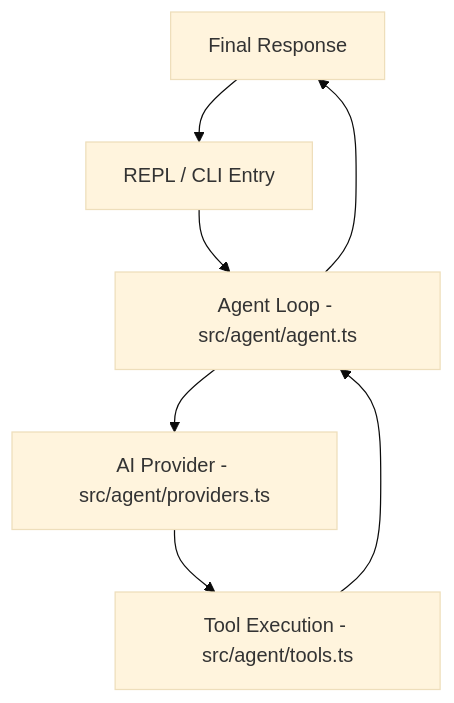
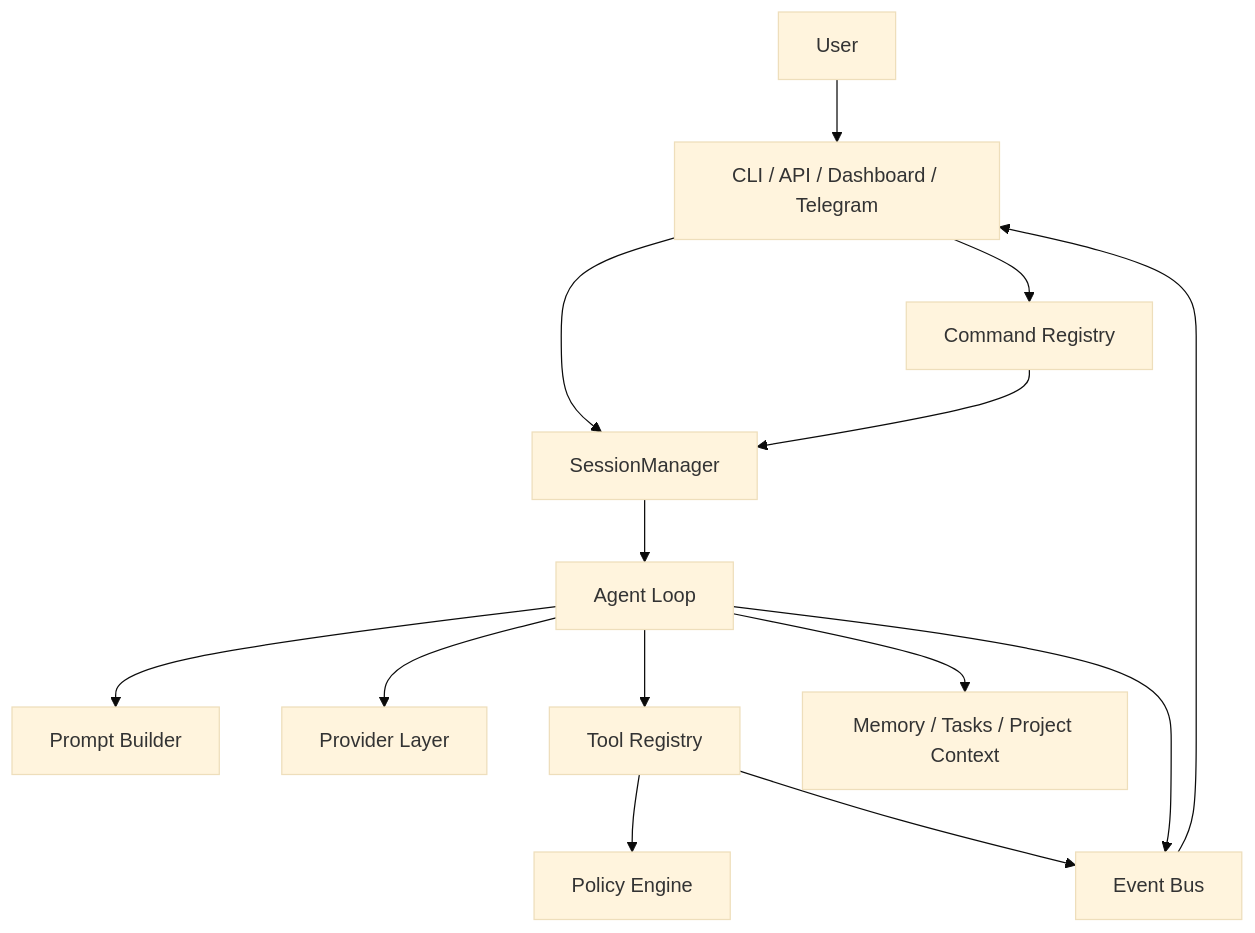
Before and after one commit to JonusNattapong/lulu: the diagram in docs/ARCHITECTURE.md, drawn with Mermaid (base theme). The commit also changed other lines of this file and 74 other files, not shown here.

````diff
--- a/docs/ARCHITECTURE.md
+++ b/docs/ARCHITECTURE.md
@@ -8,9 +9,16 @@
 ```mermaid
 graph TD
-    User[User Input] --> REPL[REPL / CLI Entry]
-    REPL --> Agent[Agent Loop - src/agent/agent.ts]
-    Agent --> Provider[AI Provider - src/agent/providers.ts]
-    Provider --> Tools[Tool Execution - src/agent/tools.ts]
-    Tools --> Agent
-    Agent --> User[Final Response]
+    User[User] --> Channel[CLI / API / Dashboard / Telegram]
+    Channel --> Commands[Command Registry]
+    Channel --> Sessions[SessionManager]
+    Commands --> Sessions
+    Sessions --> Agent[Agent Loop]
+    Agent --> Prompt[Prompt Builder]
+    Agent --> Provider[Provider Layer]
+    Agent --> Tools[Tool Registry]
+    Tools --> Policy[Policy Engine]
+    Tools --> Events[Event Bus]
+    Agent --> Events
+    Events --> Channel
+    Agent --> Memory[Memory / Tasks / Project Context]
 ```
````
